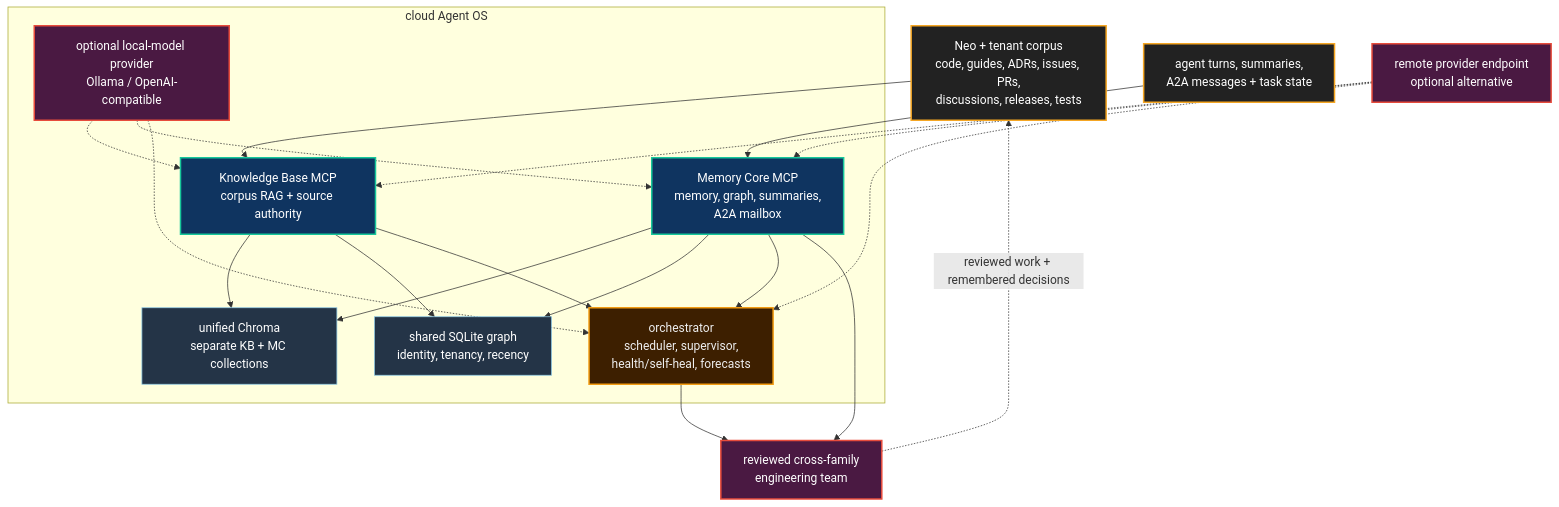
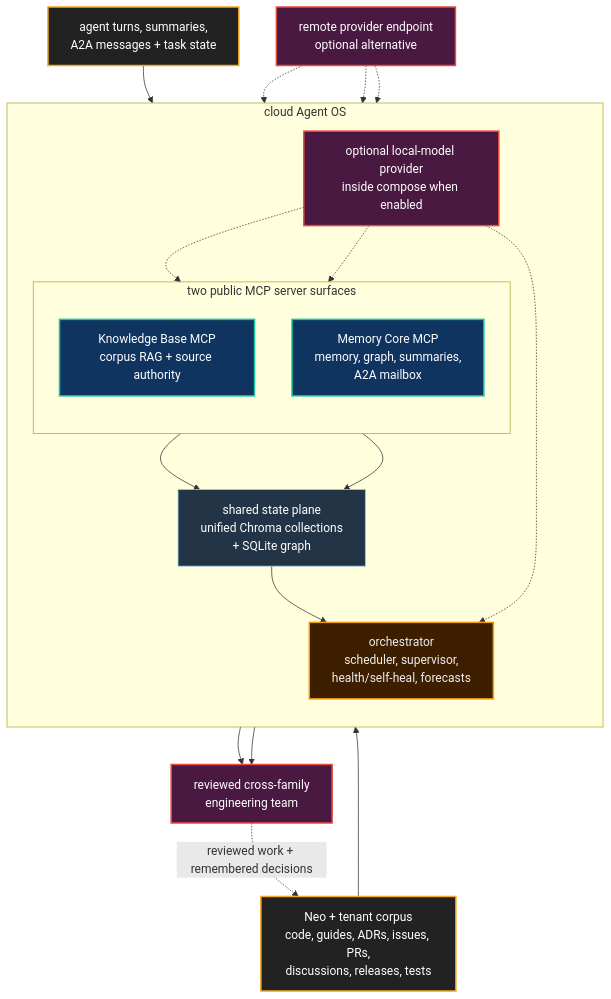
Before and after one commit to neomjs/neo: the first of 2 diagrams in learn/benefits/DeployingTheAgentOS.md, drawn with Mermaid. The commit also changed other lines of this file, not shown here.

Commit message:
docs(benefits): improve Agent OS deployment diagrams (#14321)

````diff
--- a/learn/benefits/DeployingTheAgentOS.md
+++ b/learn/benefits/DeployingTheAgentOS.md
@@ -22,42 +22,42 @@
 ```mermaid
 flowchart TD
     classDef input fill:#222,stroke:#f5a623,stroke-width:2px,color:#fff
     classDef mcp fill:#0f3460,stroke:#16c79a,stroke-width:2px,color:#fff
     classDef store fill:#243447,stroke:#8ecae6,stroke-width:1px,color:#fff
     classDef control fill:#3d1f00,stroke:#f39c12,stroke-width:2px,color:#eee
     classDef model fill:#4a1942,stroke:#e74c3c,stroke-width:2px,color:#fff
     classDef team fill:#4a1942,stroke:#e74c3c,stroke-width:2px,color:#fff
 
     Corpus["Neo + tenant corpus<br/>code, guides, ADRs, issues, PRs,<br/>discussions, releases, tests"]:::input
     Sessions["agent turns, summaries,<br/>A2A messages + task state"]:::input
+    RemoteModel["remote provider endpoint<br/>optional alternative"]:::model
 
     subgraph Cloud["cloud Agent OS"]
-        KB["Knowledge Base MCP<br/>corpus RAG + source authority"]:::mcp
-        MC["Memory Core MCP<br/>memory, graph, summaries,<br/>A2A mailbox"]:::mcp
-        Chroma["unified Chroma<br/>separate KB + MC collections"]:::store
-        SQLite["shared SQLite graph<br/>identity, tenancy, recency"]:::store
+        direction TB
+        subgraph PublicMcp["two public MCP server surfaces"]
+            direction TB
+            KB["Knowledge Base MCP<br/>corpus RAG + source authority"]:::mcp
+            MC["Memory Core MCP<br/>memory, graph, summaries,<br/>A2A mailbox"]:::mcp
+        end
+        StatePlane["shared state plane<br/>unified Chroma collections<br/>+ SQLite graph"]:::store
+        LocalModel["optional local-model provider<br/>inside compose when enabled"]:::model
         Orchestrator["orchestrator<br/>scheduler, supervisor,<br/>health/self-heal, forecasts"]:::control
-        LocalModel["optional local-model provider<br/>Ollama / OpenAI-compatible"]:::model
     end
 
-    RemoteModel["remote provider endpoint<br/>optional alternative"]:::model
     Team["reviewed cross-family<br/>engineering team"]:::team
 
     Corpus --> KB
     Sessions --> MC
-    KB --> Chroma
-    MC --> Chroma
-    KB --> SQLite
-    MC --> SQLite
-    MC --> Orchestrator
-    KB --> Orchestrator
+    KB --> StatePlane
+    MC --> StatePlane
+    StatePlane --> Orchestrator
     LocalModel -.-> KB
     LocalModel -.-> MC
     LocalModel -.-> Orchestrator
     RemoteModel -.-> KB
     RemoteModel -.-> MC
     RemoteModel -.-> Orchestrator
     Orchestrator --> Team
     MC --> Team
     Team -.->|"reviewed work + remembered decisions"| Corpus
 ```
````
